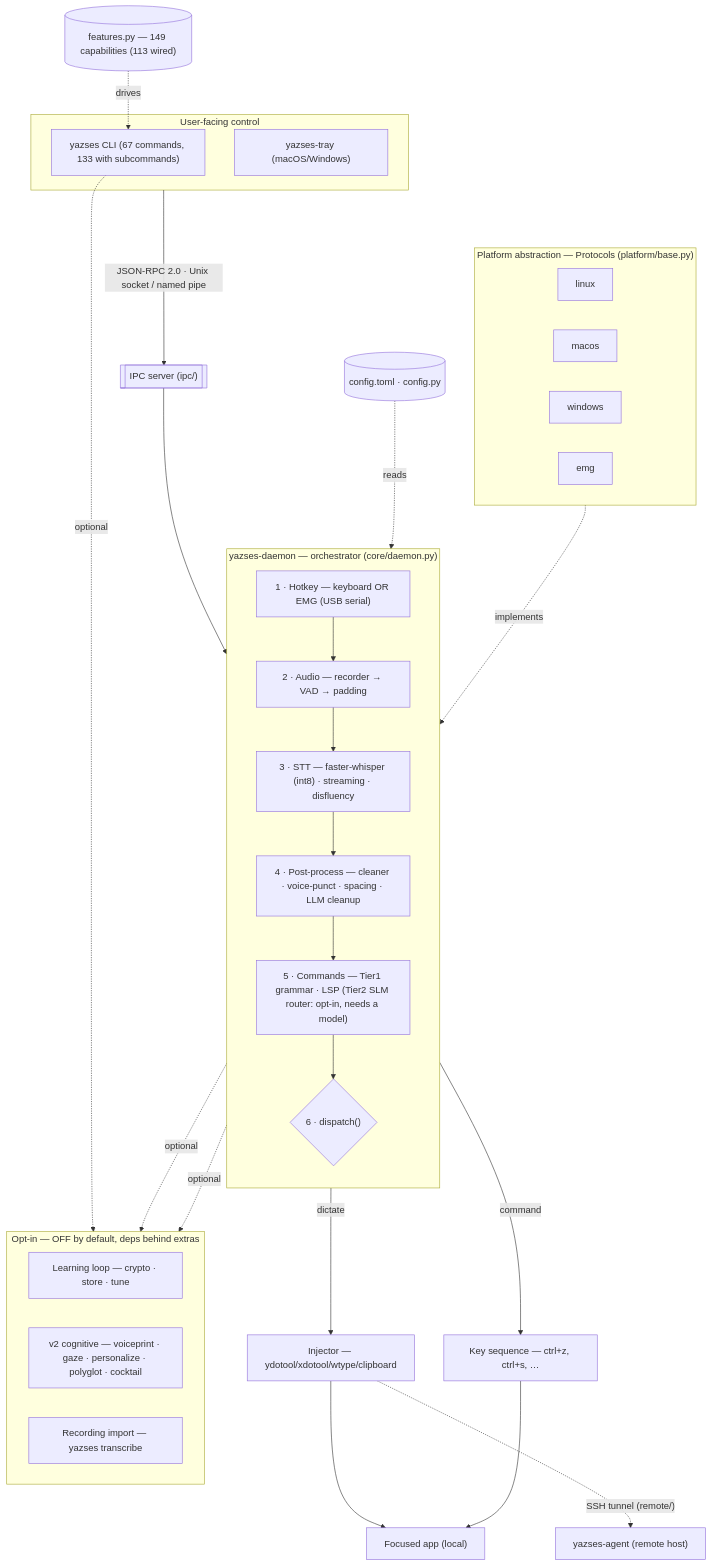
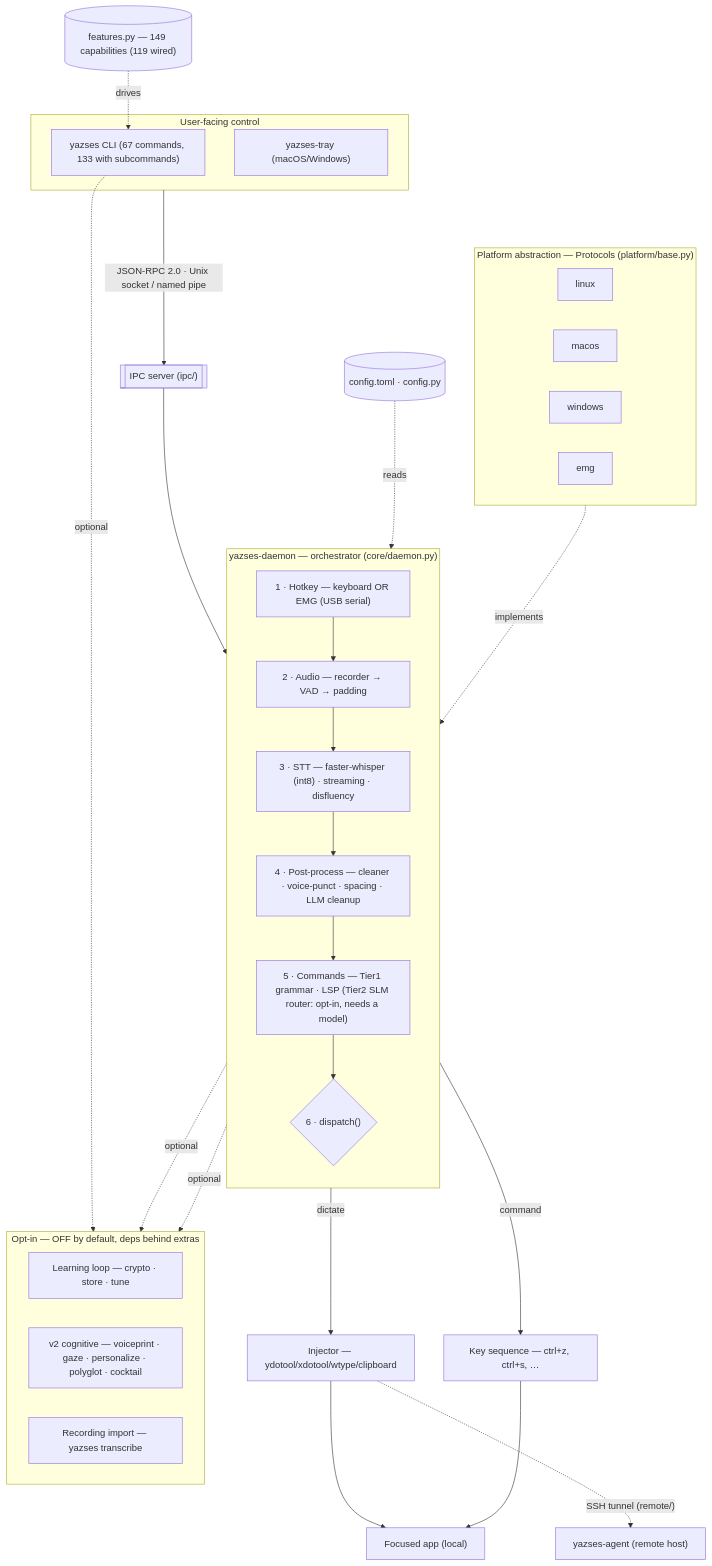
One commit to MSKazemi/yazses changed the diagram in docs/diagrams/index.md. Above: the diagram before and after it, drawn with Mermaid. The commit also changed 16 other files, not shown here.

First line of the commit message:
docs: regenerate once for the six wiring merges (119 of 149 capabilities wired)

````diff
--- a/docs/diagrams/index.md
+++ b/docs/diagrams/index.md
@@ -22,50 +22,50 @@
 ```mermaid
 flowchart TB
   subgraph UI["User-facing control"]
     CLI["yazses CLI (67 commands, 133 with subcommands)"]
     TRAY["yazses-tray (macOS/Windows)"]
   end
   UI -->|"JSON-RPC 2.0 · Unix socket / named pipe"| IPC[["IPC server (ipc/)"]]
   IPC --> DAEMON
 
   subgraph DAEMON["yazses-daemon — orchestrator (core/daemon.py)"]
     direction TB
     HK["1 · Hotkey — keyboard OR EMG (USB serial)"]
     AUD["2 · Audio — recorder → VAD → padding"]
     STT["3 · STT — faster-whisper (int8) · streaming · disfluency"]
     PP["4 · Post-process — cleaner · voice-punct · spacing · LLM cleanup"]
     CMD["5 · Commands — Tier1 grammar · LSP (Tier2 SLM router: opt-in, needs a model)"]
     DIS{"6 · dispatch()"}
     HK --> AUD --> STT --> PP --> CMD --> DIS
   end
 
   CFG[("config.toml · config.py")]
-  FEAT[("features.py — 149 capabilities (113 wired)")]
+  FEAT[("features.py — 149 capabilities (119 wired)")]
   CFG -. reads .-> DAEMON
   FEAT -. drives .-> CLI
 
   DIS -->|dictate| INJ["Injector — ydotool/xdotool/wtype/clipboard"]
   DIS -->|command| KEYS["Key sequence — ctrl+z, ctrl+s, …"]
   INJ --> APP["Focused app (local)"]
   KEYS --> APP
   INJ -. "SSH tunnel (remote/)" .-> AGENT["yazses-agent (remote host)"]
 
   subgraph PLAT["Platform abstraction — Protocols (platform/base.py)"]
     direction LR
     LNX["linux"]
     MAC["macos"]
     WIN["windows"]
     EMG["emg"]
   end
   PLAT -. implements .-> DAEMON
 
   subgraph OPT["Opt-in — OFF by default, deps behind extras"]
     direction LR
     LEARN["Learning loop — crypto · store · tune"]
     V2["v2 cognitive — voiceprint · gaze · personalize · polyglot · cocktail"]
     RECIMP["Recording import — yazses transcribe"]
   end
   DAEMON -. optional .-> LEARN
   DAEMON -. optional .-> V2
   CLI -. optional .-> RECIMP
 ```
````
